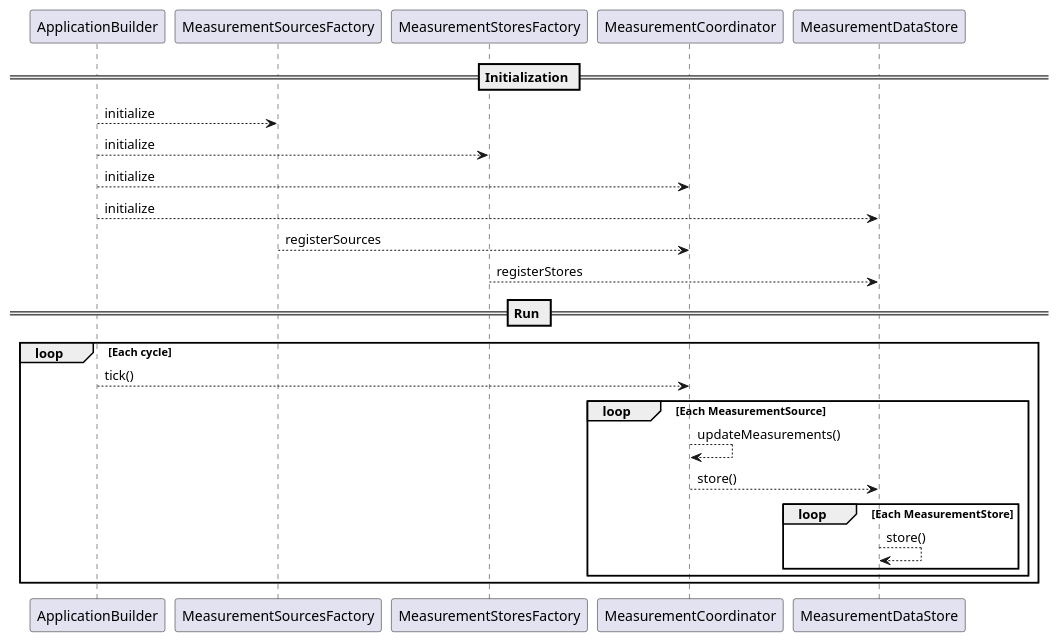
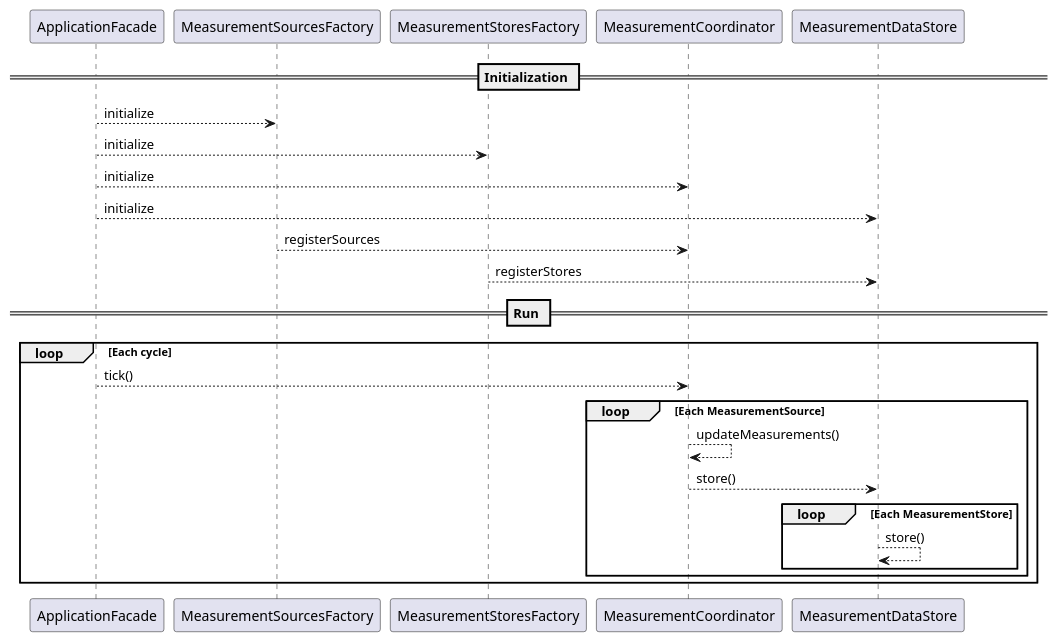
The diagram in Documentation/Diagrams/MeasurementFlowSequenceDiagram.puml (RobertGawron/HardwareDataLogger), drawn with PlantUML before and after one commit. The commit also changed 52 other files, not shown here.

```diff
--- a/Documentation/Diagrams/MeasurementFlowSequenceDiagram.puml
+++ b/Documentation/Diagrams/MeasurementFlowSequenceDiagram.puml
@@ -1,36 +1,36 @@
 @startuml
-participant ApplicationBuilder
+participant ApplicationFacade
 
 participant MeasurementSourcesFactory
 participant MeasurementStoresFactory
 
 participant MeasurementCoordinator
 participant MeasurementDataStore
 
 == Initialization ==
 
-ApplicationBuilder --> MeasurementSourcesFactory: initialize
-ApplicationBuilder --> MeasurementStoresFactory: initialize
+ApplicationFacade --> MeasurementSourcesFactory: initialize
+ApplicationFacade --> MeasurementStoresFactory: initialize
 
-ApplicationBuilder --> MeasurementCoordinator : initialize
-ApplicationBuilder --> MeasurementDataStore : initialize
+ApplicationFacade --> MeasurementCoordinator : initialize
+ApplicationFacade --> MeasurementDataStore : initialize
 
 MeasurementSourcesFactory --> MeasurementCoordinator : registerSources
 MeasurementStoresFactory --> MeasurementDataStore : registerStores
 
 == Run ==
 
 loop Each cycle
-    ApplicationBuilder --> MeasurementCoordinator : tick()
+    ApplicationFacade --> MeasurementCoordinator : tick()
 
     loop Each MeasurementSource
         MeasurementCoordinator --> MeasurementCoordinator : updateMeasurements()
         MeasurementCoordinator --> MeasurementDataStore : store()
         
         loop Each MeasurementStore
             MeasurementDataStore --> MeasurementDataStore : store()
         end
     end
 end
 
 @enduml
```
